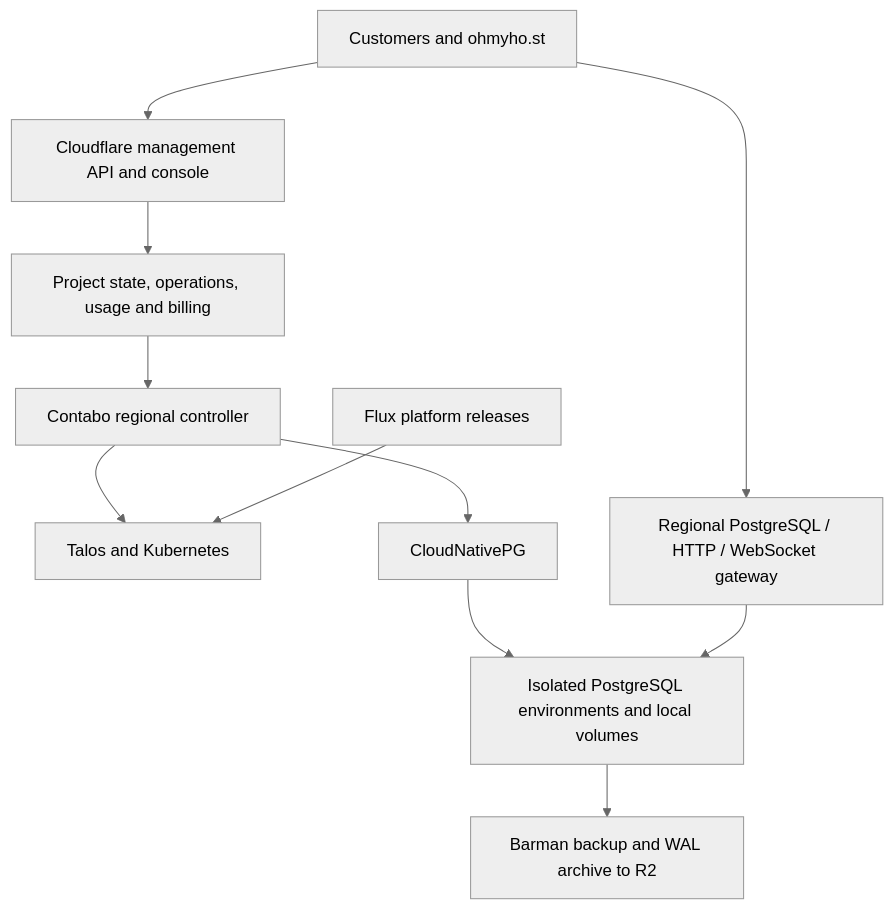
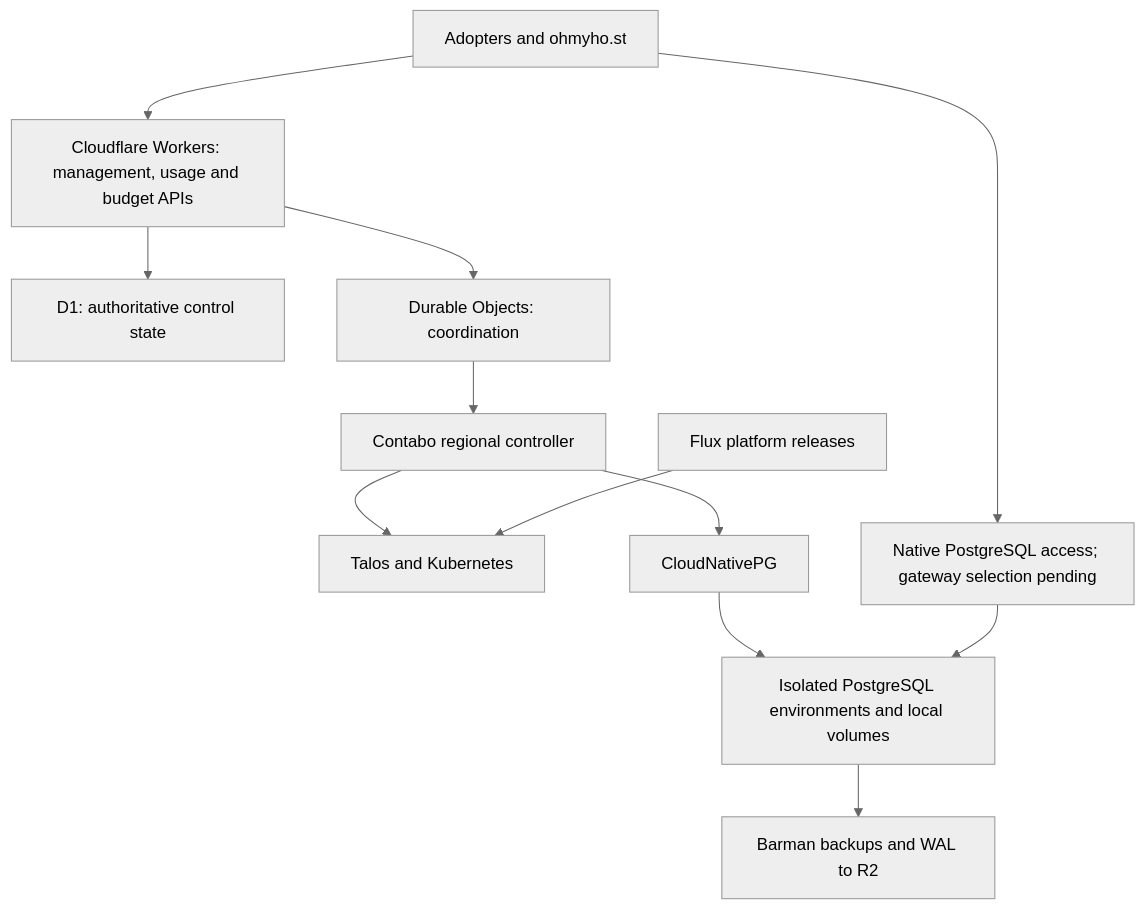
One commit to amerged-org/cloudflare-postgres changed the diagram in README.md. Above: the diagram before and after it, drawn with Mermaid (neutral theme). The commit also changed other lines of this file and 3 other files, not shown here.

Commit message:
docs: prioritize open-source delivery and usage budget APIs

````diff
--- a/README.md
+++ b/README.md
@@ -15,13 +21,14 @@
 ```mermaid
 flowchart TB
-    Customers["Customers and ohmyho.st"] --> Management["Cloudflare management API and console"]
-    Management --> Operations["Project state, operations, usage and billing"]
-    Operations --> Controller["Contabo regional controller"]
+    Adopters["Adopters and ohmyho.st"] --> API["Cloudflare Workers: management, usage and budget APIs"]
+    API --> State["D1: authoritative control state"]
+    API --> Coordination["Durable Objects: coordination"]
+    Coordination --> Controller["Contabo regional controller"]
     Controller --> Fleet["Talos and Kubernetes"]
     Controller --> CNPG["CloudNativePG"]
     CNPG --> Databases["Isolated PostgreSQL environments and local volumes"]
-    Customers --> Gateway["Regional PostgreSQL / HTTP / WebSocket gateway"]
-    Gateway --> Databases
-    Databases --> Backups["Barman backup and WAL archive to R2"]
+    Adopters --> Access["Native PostgreSQL access; gateway selection pending"]
+    Access --> Databases
+    Databases --> Backups["Barman backups and WAL to R2"]
     Flux["Flux platform releases"] --> Fleet
 ```
````
